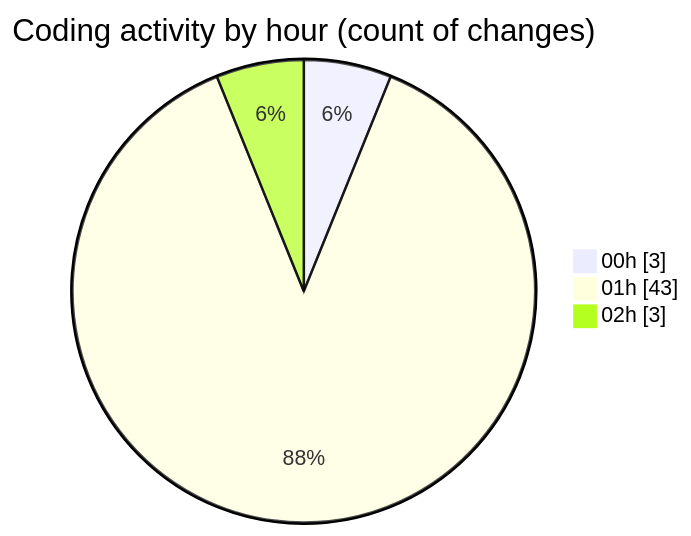
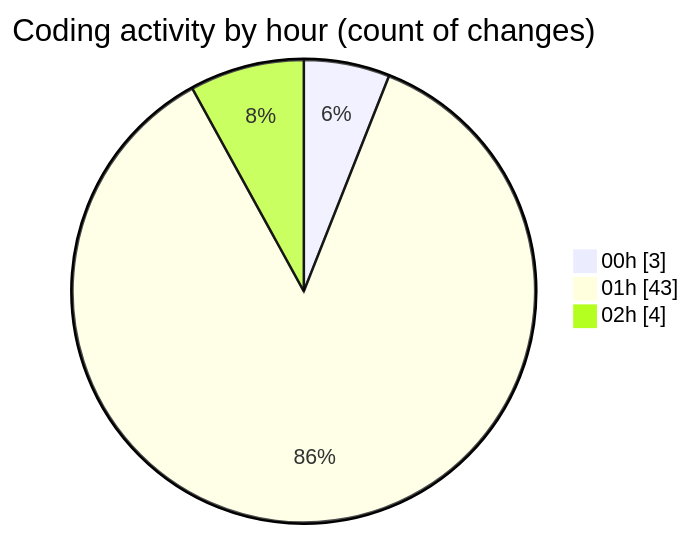
The second of 2 diagrams in 2025-10-02/oura-api/README.md (mevix1/code-tracking), drawn with Mermaid before and after one commit. The commit also changed other lines of this file and 1 other file, not shown here.

````diff
--- a/2025-10-02/oura-api/README.md
+++ b/2025-10-02/oura-api/README.md
@@ -70,7 +72,7 @@
 ```mermaid
 pie showData
 title Coding activity by hour (count of changes)
 "00h" : 3
 "01h" : 43
-"02h" : 3
+"02h" : 4
 ```
````
